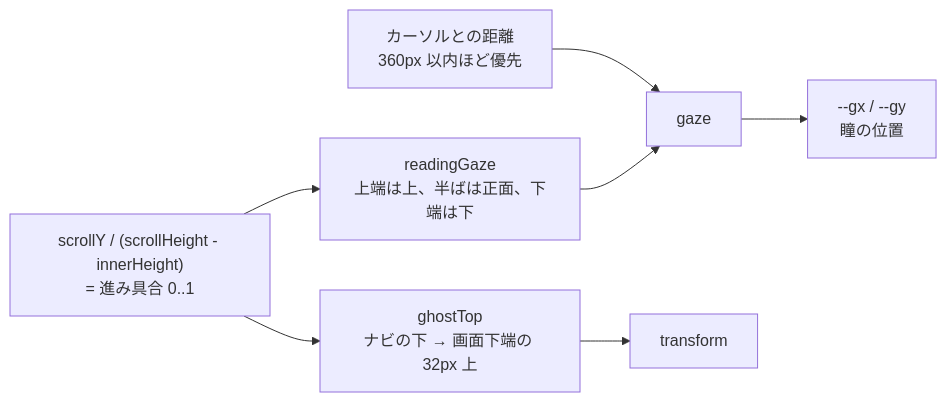
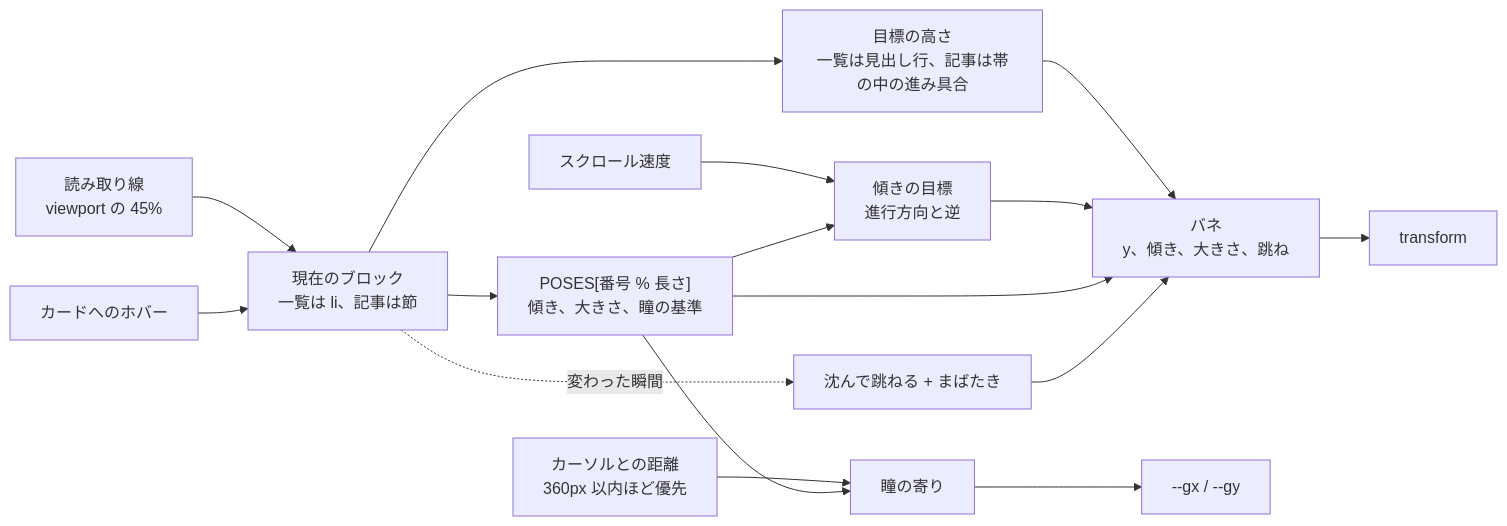
Before and after one commit to Asuforce/arki: the first of 2 diagrams in docs/architecture.md, drawn with Mermaid. The commit also changed other lines of this file, not shown here.

Commit message:
architecture.md のゴーストの記述を新しい動きに合わせる

````diff
--- a/docs/architecture.md
+++ b/docs/architecture.md
@@ -55,9 +60,18 @@
 ```mermaid
 flowchart LR
-  S["scrollY / (scrollHeight - innerHeight)<br/>= 進み具合 0..1"] --> Y["ghostTop<br/>ナビの下 → 画面下端の 32px 上"]
-  S --> R["readingGaze<br/>上端は上、半ばは正面、下端は下"]
-  C["カーソルとの距離<br/>360px 以内ほど優先"] --> G["gaze"]
-  R --> G
-  Y --> E["transform"]
-  G --> P["--gx / --gy<br/>瞳の位置"]
+  L["読み取り線<br/>viewport の 45%"] --> B["現在のブロック<br/>一覧は li、記事は節"]
+  H["カードへのホバー"] --> B
+  B --> P["POSES[番号 % 長さ]<br/>傾き、大きさ、瞳の基準"]
+  B --> T["目標の高さ<br/>一覧は見出し行、記事は帯の中の進み具合"]
+  V["スクロール速度"] --> R["傾きの目標<br/>進行方向と逆"]
+  P --> R
+  T --> S["バネ<br/>y、傾き、大きさ、跳ね"]
+  R --> S
+  P --> S
+  B -. "変わった瞬間" .-> J["沈んで跳ねる + まばたき"]
+  J --> S
+  C["カーソルとの距離<br/>360px 以内ほど優先"] --> G["瞳の寄り"]
+  P --> G
+  S --> E["transform"]
+  G --> Q["--gx / --gy"]
 ```
````
